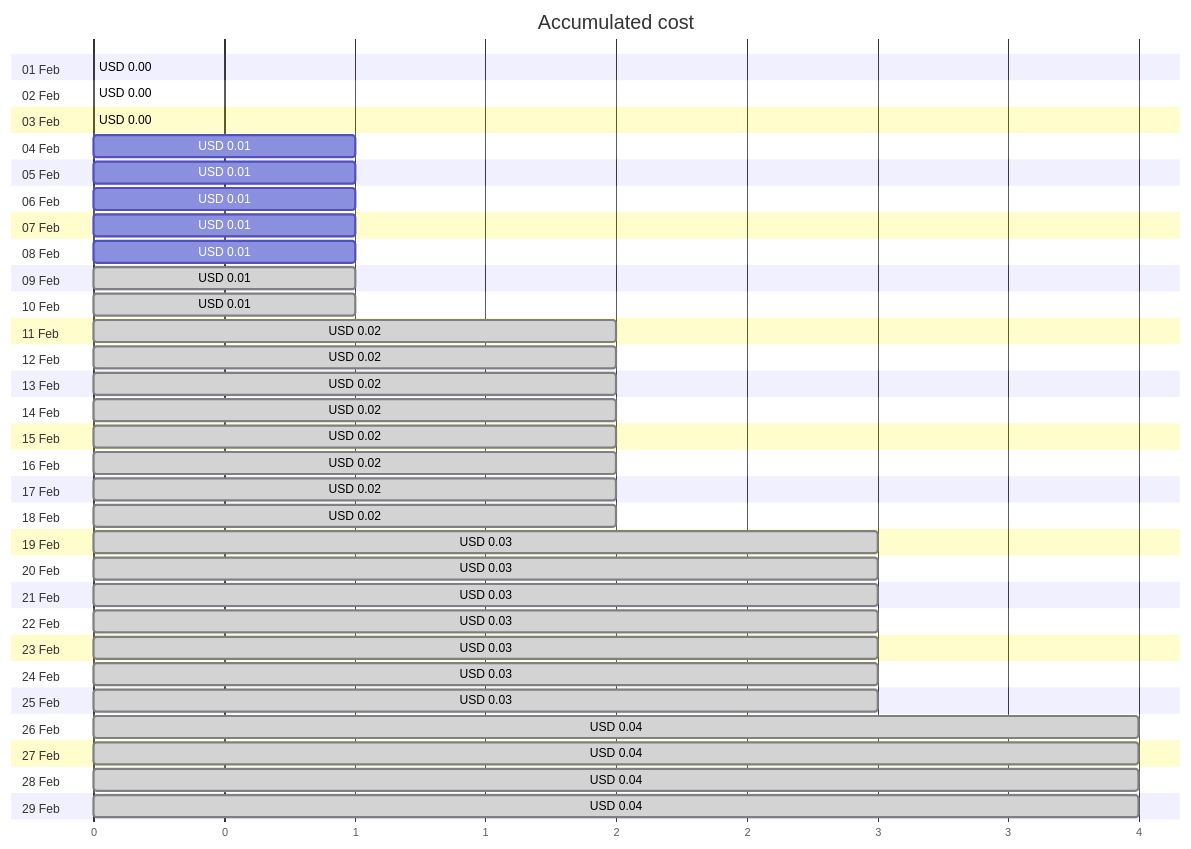
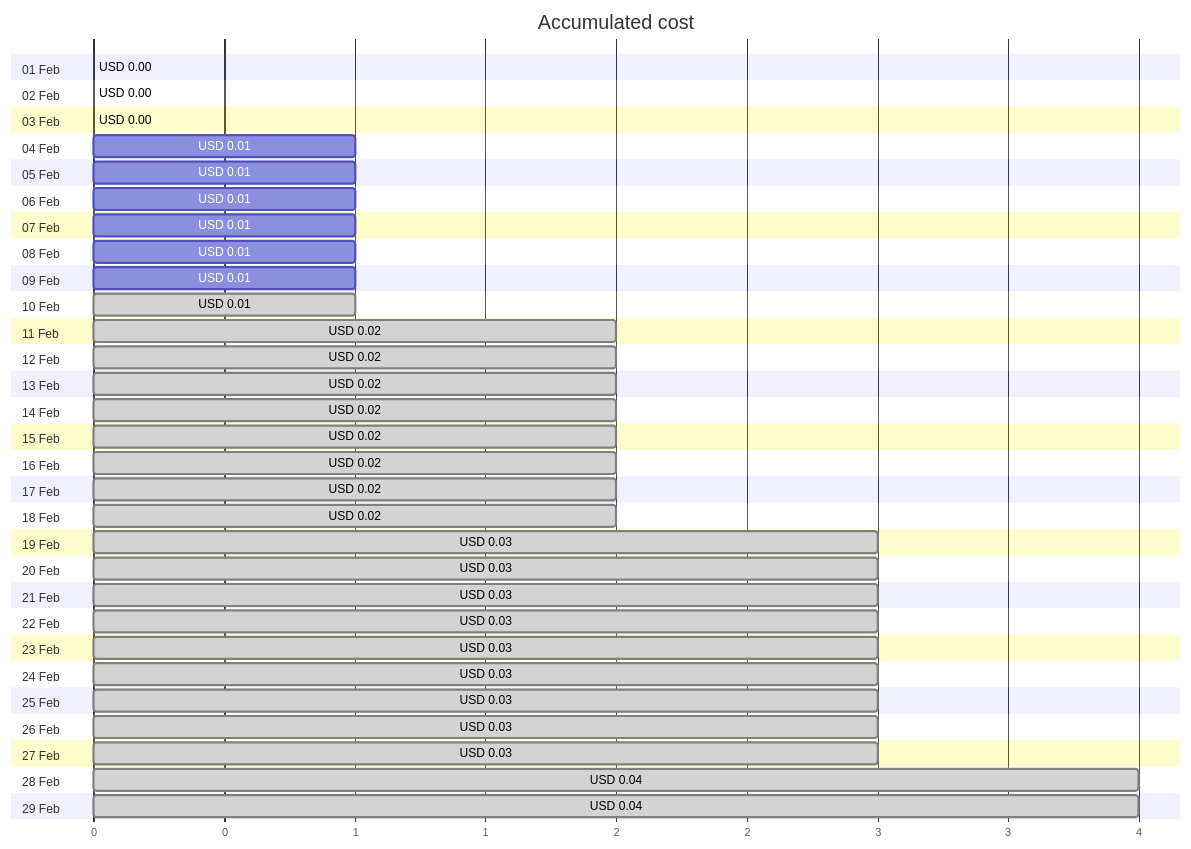
Before and after one commit to jpfulton/azure-personal-reports: the first of 4 diagrams in cost-reports/personal-site/personalsiteapistorage.md, drawn with Mermaid. The commit also changed other lines of this file and 6 other files, not shown here.

````diff
--- a/cost-reports/personal-site/personalsiteapistorage.md
+++ b/cost-reports/personal-site/personalsiteapistorage.md
@@ -20,64 +20,64 @@
 ```mermaid
 gantt
    title Accumulated cost
    dateFormat  X
    axisFormat %s
    section 01 Feb
    USD 0.00 :0, 0
    section 02 Feb
    USD 0.00 :0, 0
    section 03 Feb
    USD 0.00 :0, 0
    section 04 Feb
    USD 0.01 :0, 1
    section 05 Feb
    USD 0.01 :0, 1
    section 06 Feb
    USD 0.01 :0, 1
    section 07 Feb
    USD 0.01 :0, 1
    section 08 Feb
    USD 0.01 :0, 1
    section 09 Feb
-   USD 0.01 : done, 0, 1
+   USD 0.01 :0, 1
    section 10 Feb
    USD 0.01 : done, 0, 1
    section 11 Feb
    USD 0.02 : done, 0, 2
    section 12 Feb
    USD 0.02 : done, 0, 2
    section 13 Feb
    USD 0.02 : done, 0, 2
    section 14 Feb
    USD 0.02 : done, 0, 2
    section 15 Feb
    USD 0.02 : done, 0, 2
    section 16 Feb
    USD 0.02 : done, 0, 2
    section 17 Feb
    USD 0.02 : done, 0, 2
    section 18 Feb
    USD 0.02 : done, 0, 2
    section 19 Feb
    USD 0.03 : done, 0, 3
    section 20 Feb
    USD 0.03 : done, 0, 3
    section 21 Feb
    USD 0.03 : done, 0, 3
    section 22 Feb
    USD 0.03 : done, 0, 3
    section 23 Feb
    USD 0.03 : done, 0, 3
    section 24 Feb
    USD 0.03 : done, 0, 3
    section 25 Feb
    USD 0.03 : done, 0, 3
    section 26 Feb
-   USD 0.04 : done, 0, 4
+   USD 0.03 : done, 0, 3
    section 27 Feb
-   USD 0.04 : done, 0, 4
+   USD 0.03 : done, 0, 3
    section 28 Feb
    USD 0.04 : done, 0, 4
    section 29 Feb
    USD 0.04 : done, 0, 4
 ```
````
